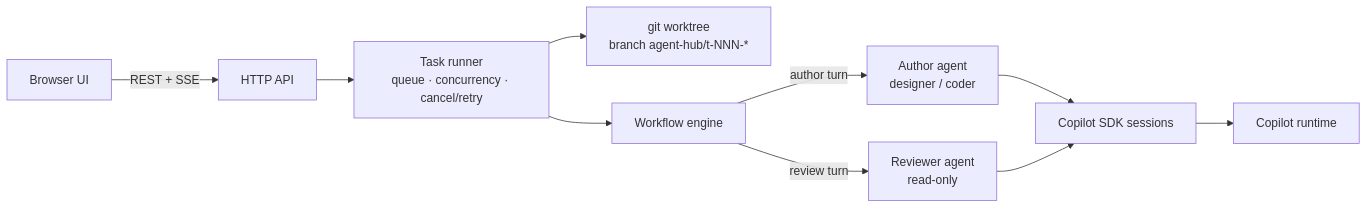
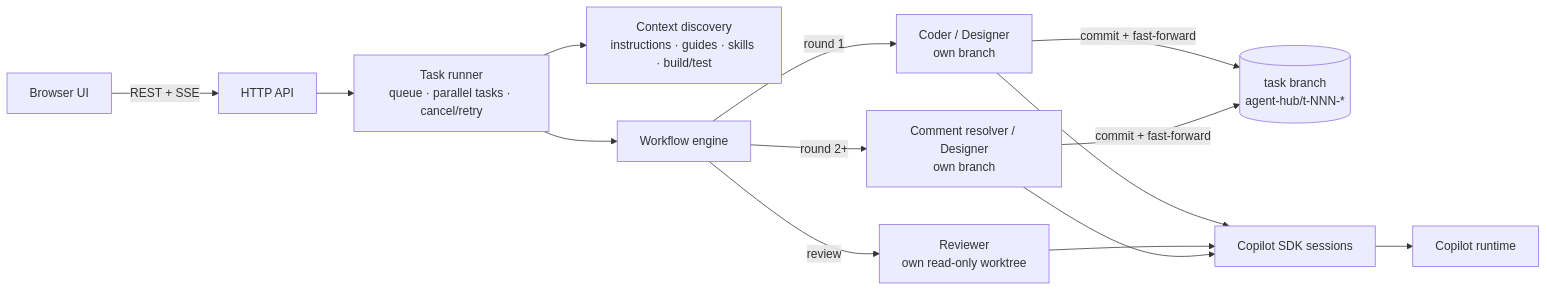
The diagram in agent-hub/README.md (bingyuyin/WindowsVMAgent), drawn with Mermaid before and after one commit. The commit also changed other lines of this file and 31 other files, not shown here.

First line of the commit message:
Give each sub-agent its own branch; add resolver agent and repo context

````diff
--- a/agent-hub/README.md
+++ b/agent-hub/README.md
@@ -36,10 +45,12 @@
 ```mermaid
 flowchart LR
   UI[Browser UI] -- REST + SSE --> API[HTTP API]
-  API --> Runner[Task runner<br/>queue · concurrency · cancel/retry]
-  Runner --> WT[git worktree<br/>branch agent-hub/t-NNN-*]
+  API --> Runner[Task runner<br/>queue · parallel tasks · cancel/retry]
+  Runner --> Ctx[Context discovery<br/>instructions · guides · skills · build/test]
   Runner --> Engine[Workflow engine]
-  Engine -- author turn --> A[Author agent<br/>designer / coder]
-  Engine -- review turn --> R[Reviewer agent<br/>read-only]
-  A & R --> SDK[Copilot SDK sessions] --> RT[Copilot runtime]
+  Engine -- round 1 --> C[Coder / Designer<br/>own branch]
+  Engine -- review --> R[Reviewer<br/>own read-only worktree]
+  Engine -- round 2+ --> F[Comment resolver / Designer<br/>own branch]
+  C & F -- commit + fast-forward --> TB[(task branch<br/>agent-hub/t-NNN-*)]
+  C & R & F --> SDK[Copilot SDK sessions] --> RT[Copilot runtime]
 ```
````
